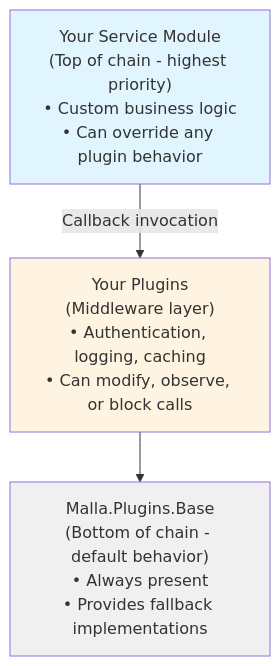
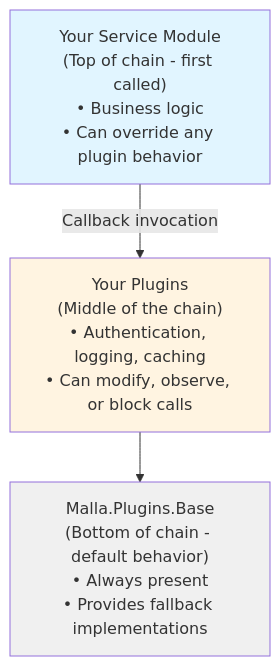
The diagram in guides/01-introduction.md (netkubes/malla), drawn with Mermaid before and after one commit. The commit also changed other lines of this file and 26 other files, not shown here.

````diff
--- a/guides/01-introduction.md
+++ b/guides/01-introduction.md
@@ -51,14 +44,14 @@
 ```mermaid
 flowchart TD
-    A["Your Service Module<br/>(Top of chain - highest priority)<br/>• Custom business logic<br/>• Can override any plugin behavior"]
-    B["Your Plugins<br/>(Middleware layer)<br/>• Authentication, logging, caching<br/>• Can modify, observe, or block calls"]
+    A["Your Service Module<br/>(Top of chain - first called)<br/>• Business logic<br/>• Can override any plugin behavior"]
+    B["Your Plugins<br/>(Middle of the chain)<br/>• Authentication, logging, caching<br/>• Can modify, observe, or block calls"]
     C["Malla.Plugins.Base<br/>(Bottom of chain - default behavior)<br/>• Always present<br/>• Provides fallback implementations"]
     
     A -->|Callback invocation| B
     B --> C
     
     style A fill:#e1f5ff
     style B fill:#fff4e1
     style C fill:#f0f0f0
    
 ```
````
